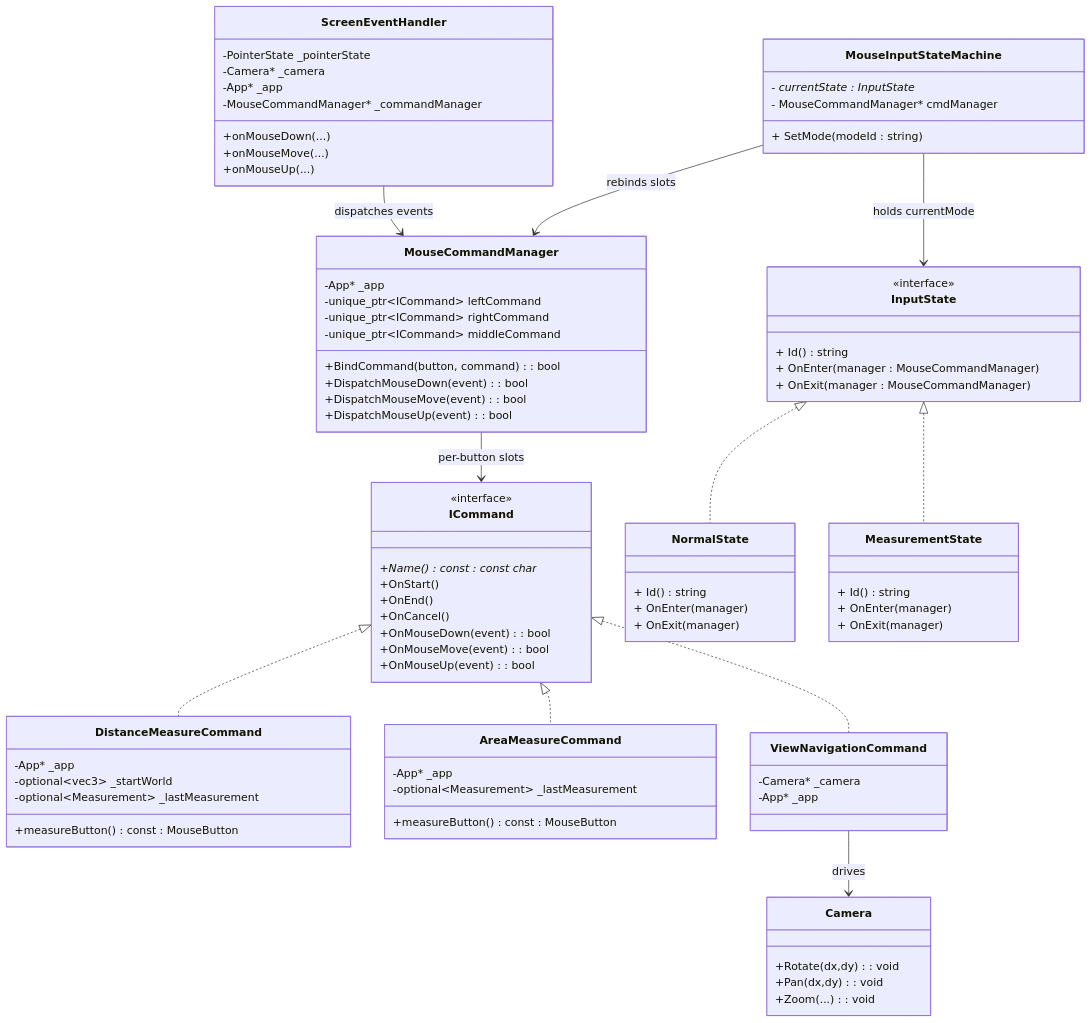
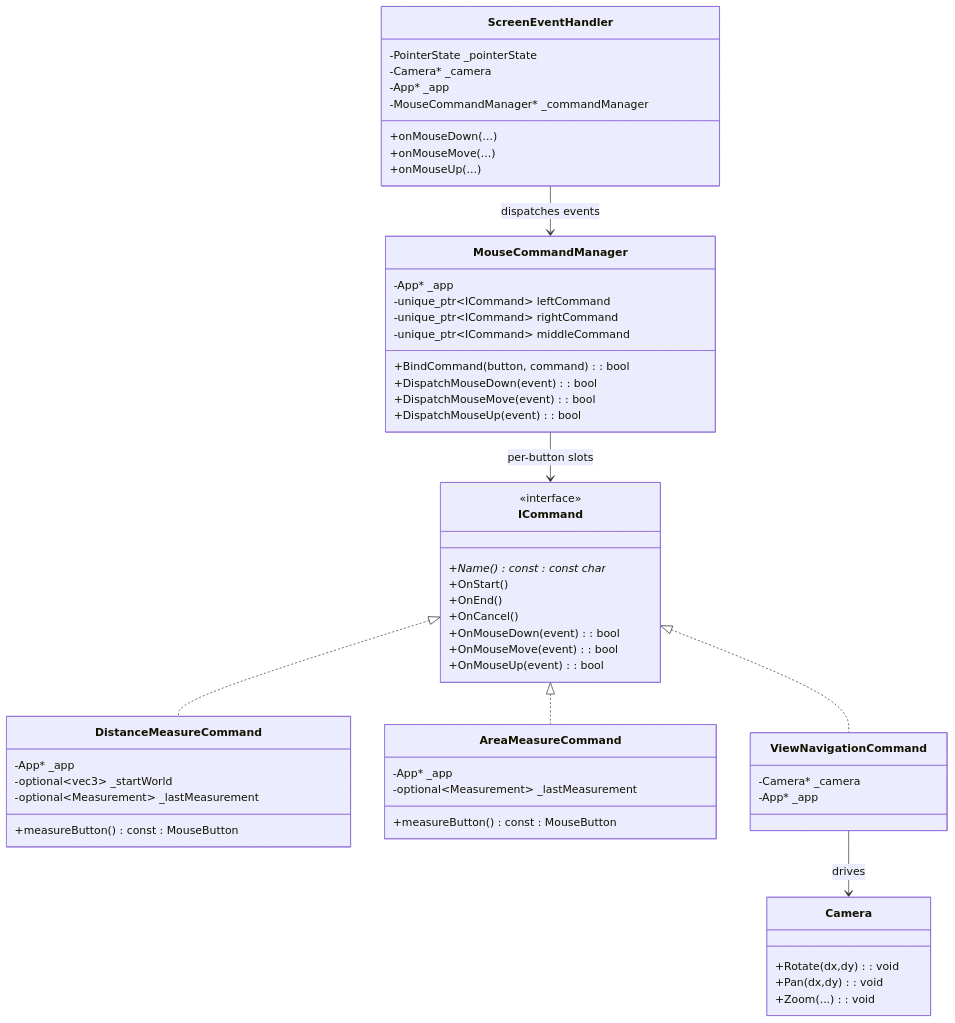
One commit to vfa-khaidt1/vfa-cdn changed the second of 2 diagrams in GraphV3.md. Above: the diagram before and after it, drawn with Mermaid.

````diff
--- a/GraphV3.md
+++ b/GraphV3.md
@@ -91,30 +91,6 @@
         +Zoom(...): void
     }
 
-    class InputState {
-        <<interface>>
-        + Id() string
-        + OnEnter(manager : MouseCommandManager)
-        + OnExit(manager : MouseCommandManager)
-    }
-
-    class NormalState {
-        + Id() string
-        + OnEnter(manager)
-        + OnExit(manager)
-    }
-
-    class MeasurementState {
-        + Id() string
-        + OnEnter(manager)
-        + OnExit(manager)
-    }
-
-    class MouseInputStateMachine {
-        - currentState : InputState*
-        - MouseCommandManager* cmdManager
-        + SetMode(modeId : string)
-    }
 
     ICommand <|.. DistanceMeasureCommand
     ICommand <|.. ViewNavigationCommand
@@ -123,10 +99,4 @@
     ScreenEventHandler --> MouseCommandManager : dispatches events
     MouseCommandManager --> ICommand : per-button slots
     ViewNavigationCommand --> Camera : drives
-
-    InputState <|.. NormalState
-    InputState <|.. MeasurementState
-
-    MouseInputStateMachine --> InputState : holds currentMode
-    MouseInputStateMachine --> MouseCommandManager : rebinds slots
 ```
````
